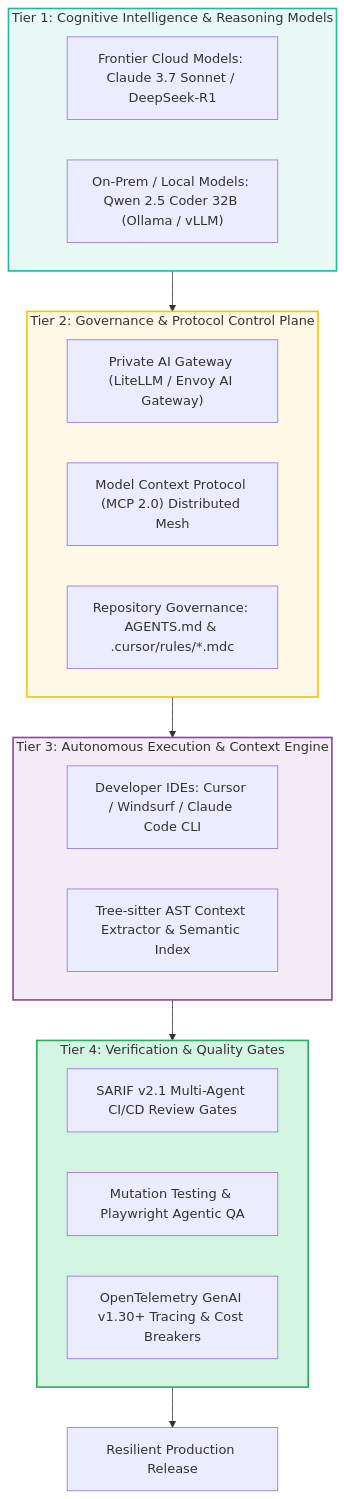
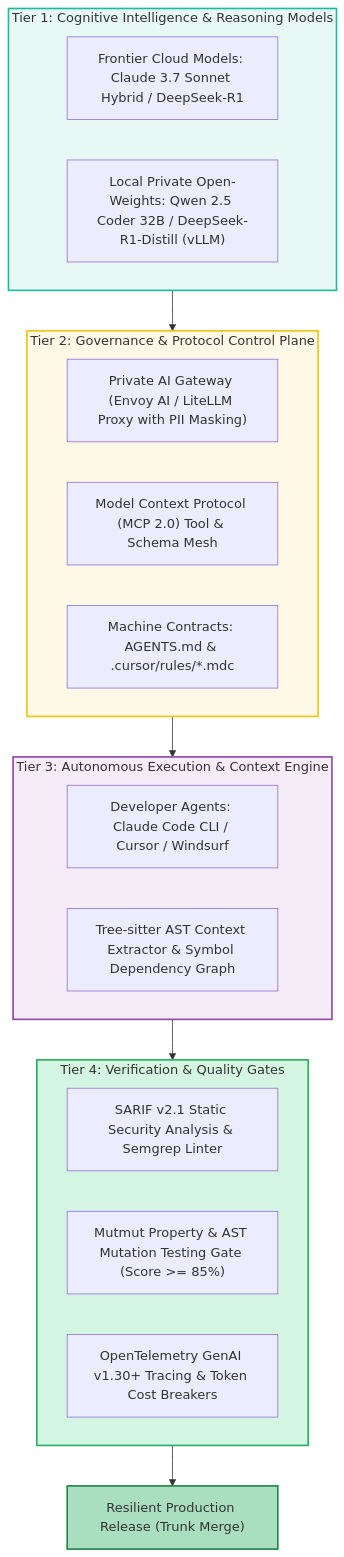
One commit to vesviet/vesviet changed the second of 3 diagrams in content/series/ai-driven-engineer/executive-summary.md. Above: the diagram before and after it, drawn with Mermaid. The commit also changed other lines of this file and 67 other files, not shown here.

````diff
--- a/content/series/ai-driven-engineer/executive-summary.md
+++ b/content/series/ai-driven-engineer/executive-summary.md
@@ -86,32 +84,33 @@
 ```mermaid
 flowchart TD
-    subgraph Layer1 ["Tier 1: Cognitive Intelligence & Reasoning Models"]
-        M1["Frontier Cloud Models: Claude 3.7 Sonnet / DeepSeek-R1"]
-        M2["On-Prem / Local Models: Qwen 2.5 Coder 32B (Ollama / vLLM)"]
+    subgraph Tier1 ["Tier 1: Cognitive Intelligence & Reasoning Models"]
+        CloudM["Frontier Cloud Models: Claude 3.7 Sonnet Hybrid / DeepSeek-R1"]
+        LocalM["Local Private Open-Weights: Qwen 2.5 Coder 32B / DeepSeek-R1-Distill (vLLM)"]
     end
 
-    subgraph Layer2 ["Tier 2: Governance & Protocol Control Plane"]
-        P1["Private AI Gateway (LiteLLM / Envoy AI Gateway)"]
-        P2["Model Context Protocol (MCP 2.0) Distributed Mesh"]
-        P3["Repository Governance: AGENTS.md & .cursor/rules/*.mdc"]
+    subgraph Tier2 ["Tier 2: Governance & Protocol Control Plane"]
+        Gateway["Private AI Gateway (Envoy AI / LiteLLM Proxy with PII Masking)"]
+        MCPMesh["Model Context Protocol (MCP 2.0) Tool & Schema Mesh"]
+        RepoRules["Machine Contracts: AGENTS.md & .cursor/rules/*.mdc"]
     end
 
-    subgraph Layer3 ["Tier 3: Autonomous Execution & Context Engine"]
-        A1["Developer IDEs: Cursor / Windsurf / Claude Code CLI"]
-        A2["Tree-sitter AST Context Extractor & Semantic Index"]
+    subgraph Tier3 ["Tier 3: Autonomous Execution & Context Engine"]
+        AgentCLI["Developer Agents: Claude Code CLI / Cursor / Windsurf"]
+        ASTEngine["Tree-sitter AST Context Extractor & Symbol Dependency Graph"]
     end
 
-    subgraph Layer4 ["Tier 4: Verification & Quality Gates"]
-        V1["SARIF v2.1 Multi-Agent CI/CD Review Gates"]
-        V2["Mutation Testing & Playwright Agentic QA"]
-        V3["OpenTelemetry GenAI v1.30+ Tracing & Cost Breakers"]
+    subgraph Tier4 ["Tier 4: Verification & Quality Gates"]
+        SARIF["SARIF v2.1 Static Security Analysis & Semgrep Linter"]
+        Mutation["Mutmut Property & AST Mutation Testing Gate (Score >= 85%)"]
+        OTel["OpenTelemetry GenAI v1.30+ Tracing & Token Cost Breakers"]
     end
 
-    Layer1 --> Layer2 --> Layer3 --> Layer4
-    Layer4 --> Production["Resilient Production Release"]
+    Tier1 --> Tier2 --> Tier3 --> Tier4
+    Tier4 --> ProdDeploy["Resilient Production Release (Trunk Merge)"]
 
-    style Layer1 fill:#e8f8f5,stroke:#1abc9c,stroke-width:2px
-    style Layer2 fill:#fef9e7,stroke:#f1c40f,stroke-width:2px
-    style Layer3 fill:#f4ecf7,stroke:#8e44ad,stroke-width:2px
-    style Layer4 fill:#d5f5e3,stroke:#27ae60,stroke-width:2px
+    style Tier1 fill:#e8f8f5,stroke:#1abc9c,stroke-width:2px
+    style Tier2 fill:#fef9e7,stroke:#f1c40f,stroke-width:2px
+    style Tier3 fill:#f4ecf7,stroke:#8e44ad,stroke-width:2px
+    style Tier4 fill:#d5f5e3,stroke:#27ae60,stroke-width:2px
+    style ProdDeploy fill:#a9dfbf,stroke:#1e8449,stroke-width:2px
 ```
````
